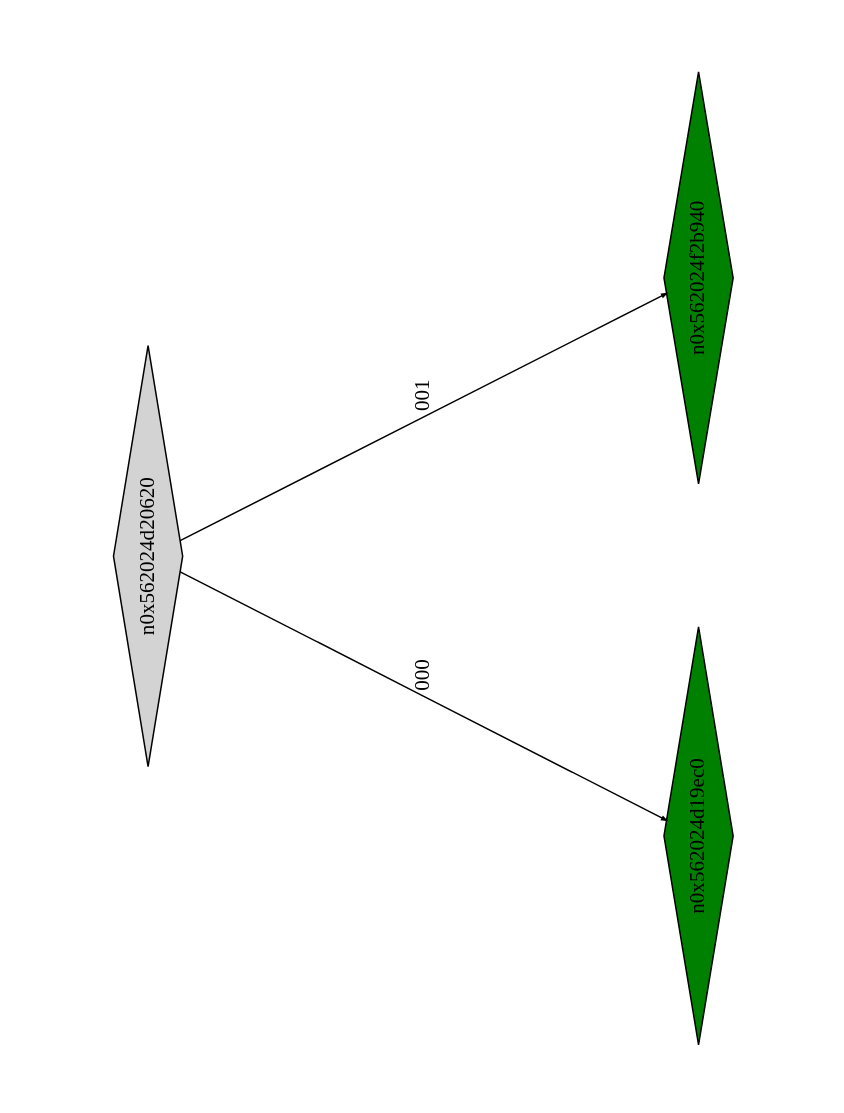
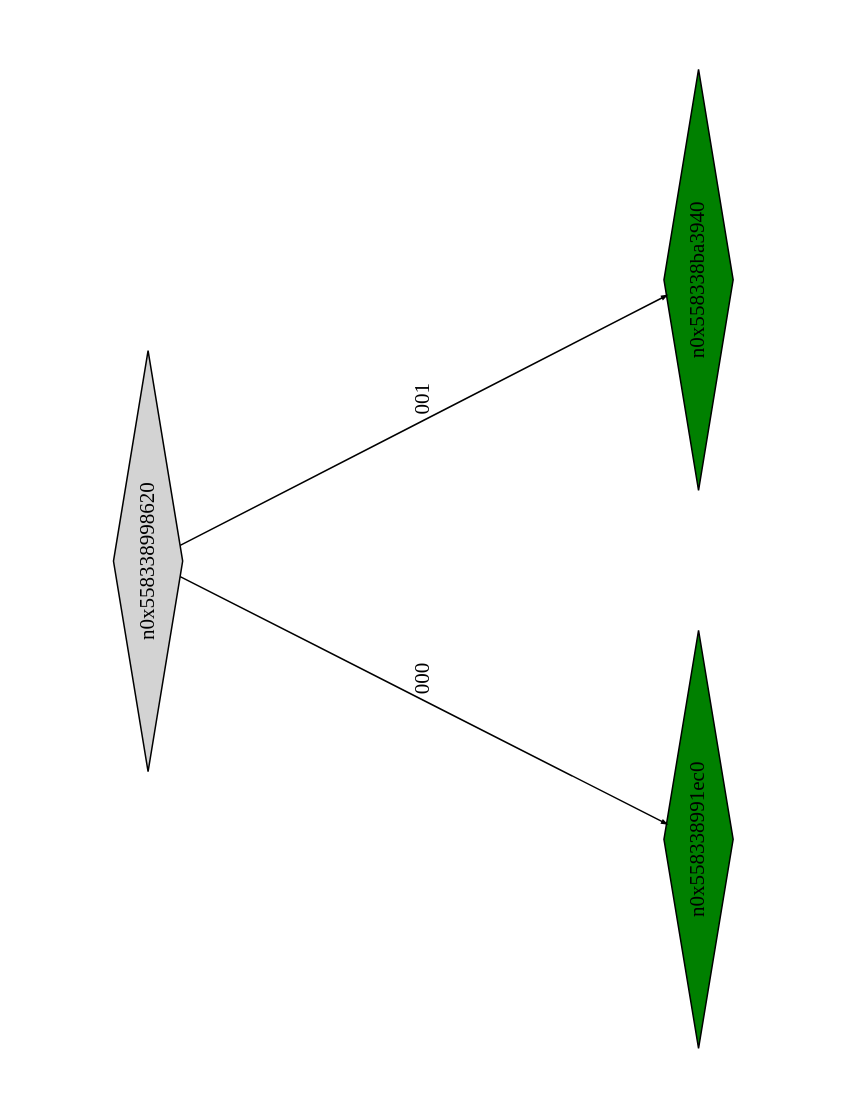
Before and after one commit to Research-Tools-PAVT/PSE-Program-Examples: the diagram in example1_klee_out/ptree_00000263.dot, drawn with Graphviz. The commit also changed 36 other files, not shown here.

```diff
--- a/example1_klee_out/ptree_00000263.dot
+++ b/example1_klee_out/ptree_00000263.dot
@@ -1,13 +1,13 @@
 digraph G {
 	size="10,7.5";
 	ratio=fill;
 	rotate=90;
 	center = "true";
 	node [style="filled",width=.1,height=.1,fontname="Terminus"]
 	edge [arrowsize=.3]
-	n0x562024d20620 [shape=diamond];
-	n0x562024d20620 -> n0x562024d19ec0 [label=000];
-	n0x562024d20620 -> n0x562024f2b940 [label=001];
-	n0x562024f2b940 [shape=diamond,fillcolor=green];
-	n0x562024d19ec0 [shape=diamond,fillcolor=green];
+	n0x558338998620 [shape=diamond];
+	n0x558338998620 -> n0x558338991ec0 [label=000];
+	n0x558338998620 -> n0x558338ba3940 [label=001];
+	n0x558338ba3940 [shape=diamond,fillcolor=green];
+	n0x558338991ec0 [shape=diamond,fillcolor=green];
 }
```
